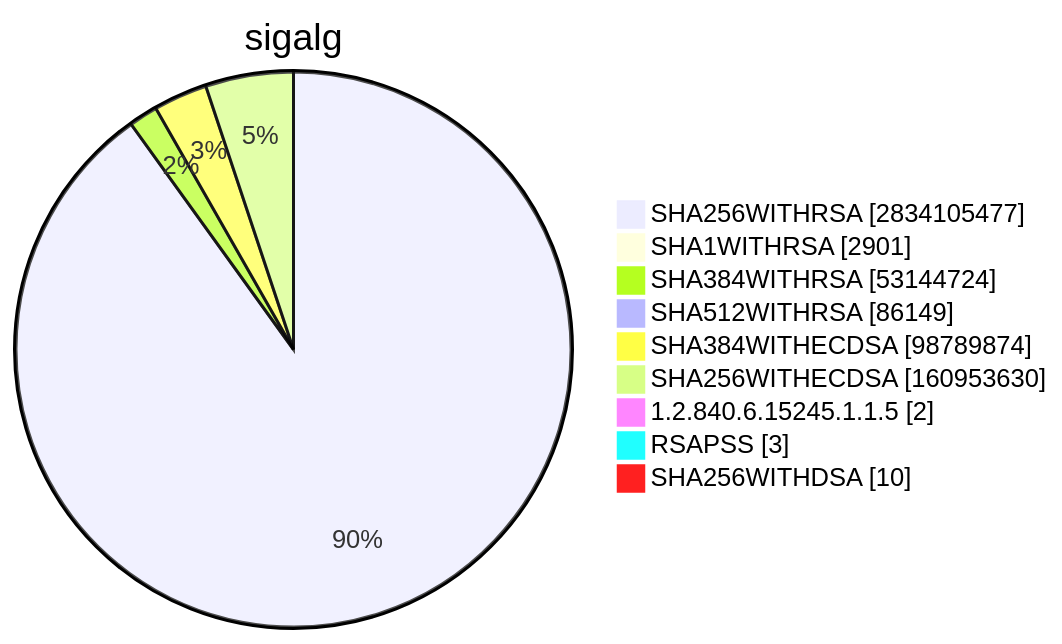
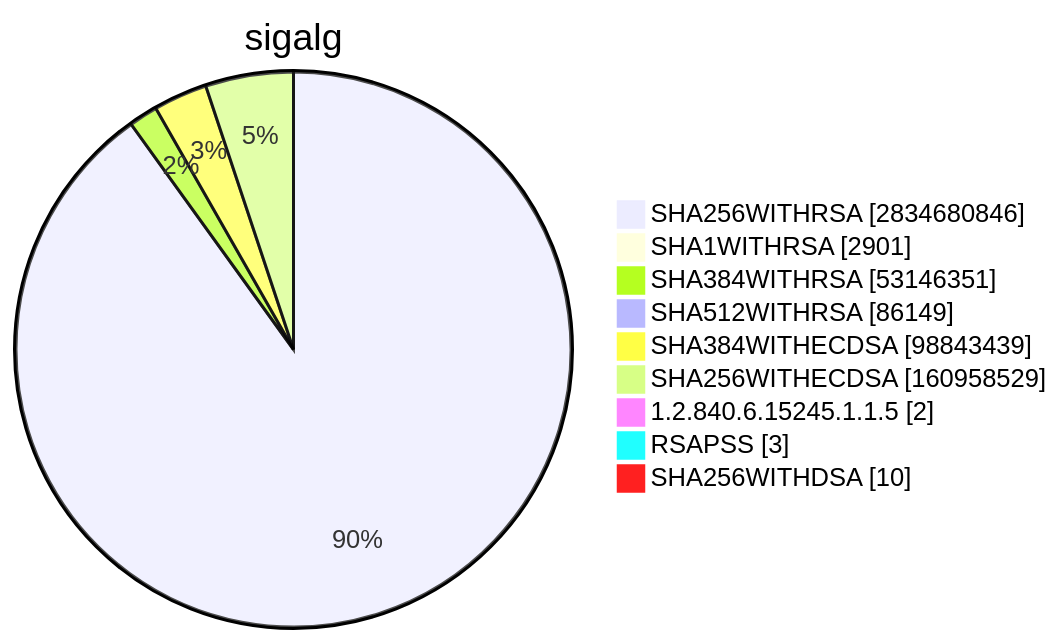
Diagram 15 of 15 in TOTAL/README.md (christiankrug/ctmonitor_visualization), drawn with Mermaid before and after one commit. The commit also changed other lines of this file, not shown here.

````diff
--- a/TOTAL/README.md
+++ b/TOTAL/README.md
@@ -6207,13 +6207,13 @@
 ```mermaid
 pie showData
 title sigalg
-"SHA256WITHRSA" :2834105477
+"SHA256WITHRSA" :2834680846
 "SHA1WITHRSA" :2901
-"SHA384WITHRSA" :53144724
+"SHA384WITHRSA" :53146351
 "SHA512WITHRSA" :86149
-"SHA384WITHECDSA" :98789874
-"SHA256WITHECDSA" :160953630
+"SHA384WITHECDSA" :98843439
+"SHA256WITHECDSA" :160958529
 "1.2.840.6.15245.1.1.5" :2
 "RSAPSS" :3
 "SHA256WITHDSA" :10
 ```
````
